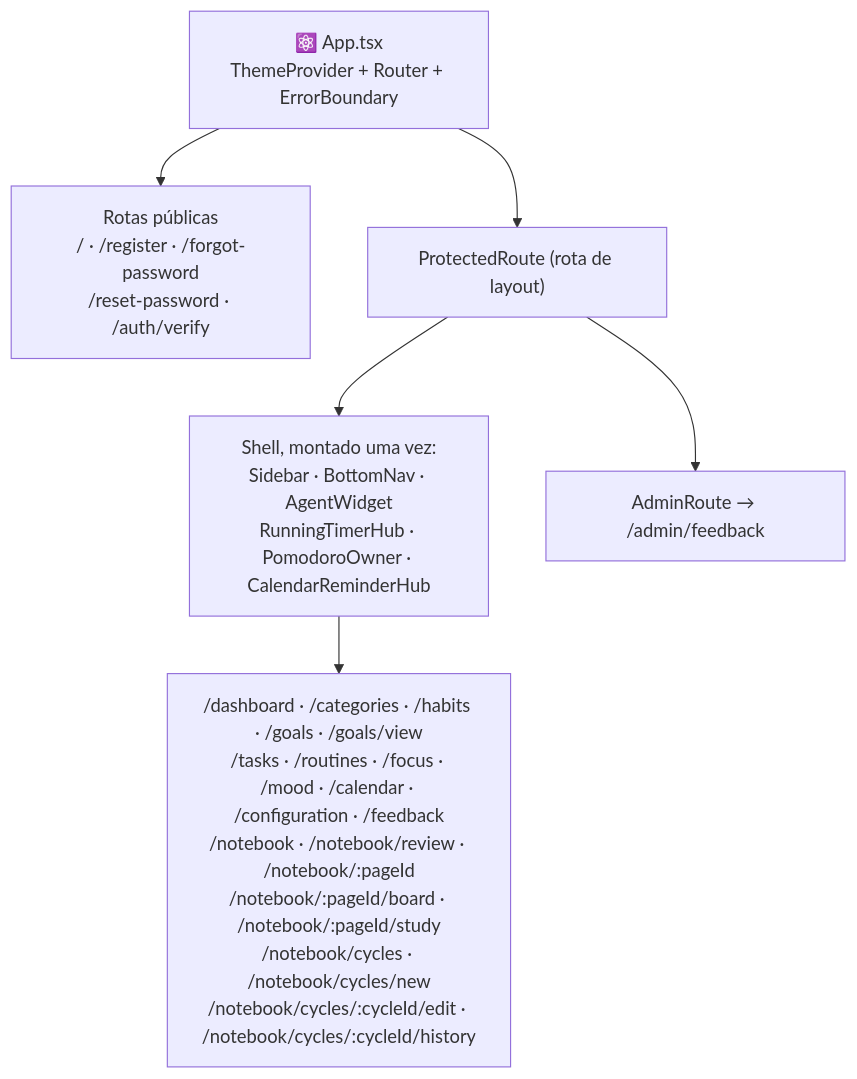
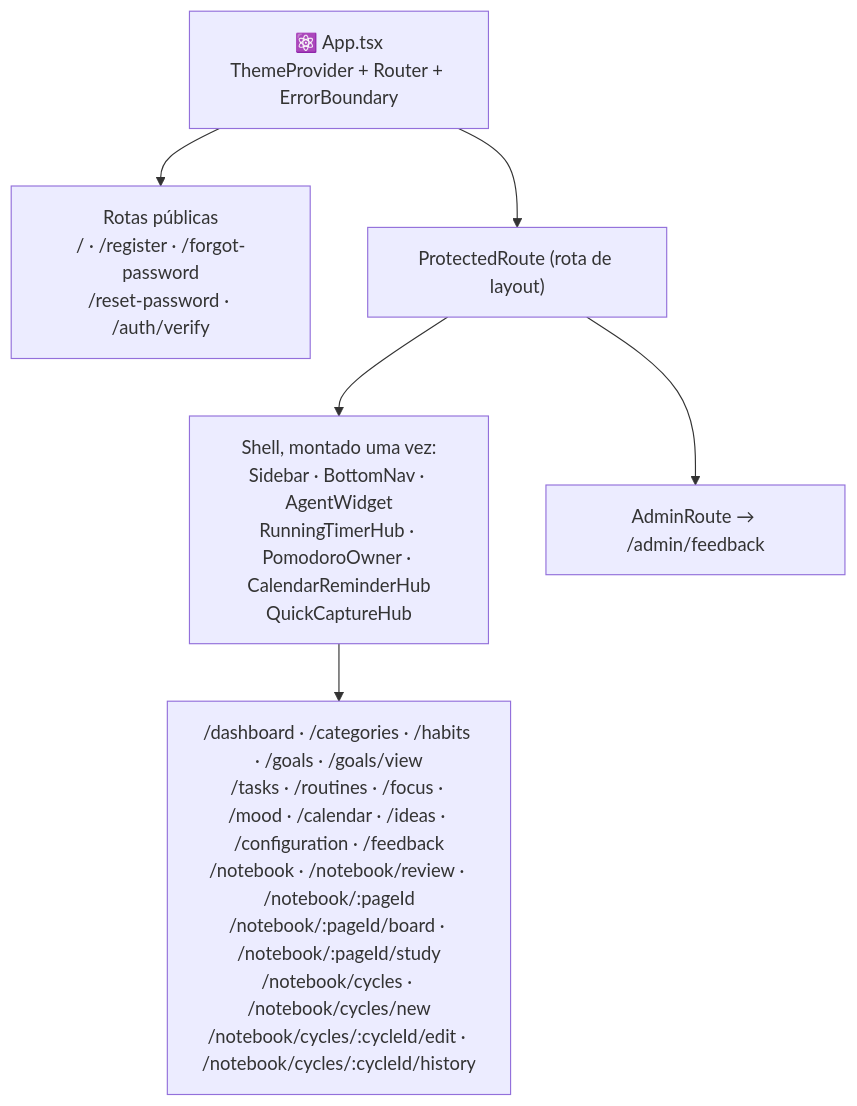
Before and after one commit to AndDev741/Beyou-arch-design: the diagram in architecture/ui-components/pt.md, drawn with Mermaid. The commit also changed other lines of this file and 31 other files, not shown here.

````diff
--- a/architecture/ui-components/pt.md
+++ b/architecture/ui-components/pt.md
@@ -10,9 +10,9 @@
 ```mermaid
 flowchart TD
   APP["⚛️ App.tsx<br/>ThemeProvider + Router + ErrorBoundary"]
   APP --> PUB["Rotas públicas<br/>/ · /register · /forgot-password<br/>/reset-password · /auth/verify"]
   APP --> PROT["ProtectedRoute (rota de layout)"]
-  PROT --> SHELL["Shell, montado uma vez:<br/>Sidebar · BottomNav · AgentWidget<br/>RunningTimerHub · PomodoroOwner · CalendarReminderHub"]
-  SHELL --> PAGES["/dashboard · /categories · /habits · /goals · /goals/view<br/>/tasks · /routines · /focus · /mood · /calendar · /configuration · /feedback<br/>/notebook · /notebook/review · /notebook/:pageId<br/>/notebook/:pageId/board · /notebook/:pageId/study<br/>/notebook/cycles · /notebook/cycles/new<br/>/notebook/cycles/:cycleId/edit · /notebook/cycles/:cycleId/history"]
+  PROT --> SHELL["Shell, montado uma vez:<br/>Sidebar · BottomNav · AgentWidget<br/>RunningTimerHub · PomodoroOwner · CalendarReminderHub<br/>QuickCaptureHub"]
+  SHELL --> PAGES["/dashboard · /categories · /habits · /goals · /goals/view<br/>/tasks · /routines · /focus · /mood · /calendar · /ideas · /configuration · /feedback<br/>/notebook · /notebook/review · /notebook/:pageId<br/>/notebook/:pageId/board · /notebook/:pageId/study<br/>/notebook/cycles · /notebook/cycles/new<br/>/notebook/cycles/:cycleId/edit · /notebook/cycles/:cycleId/history"]
   PROT --> ADMIN["AdminRoute → /admin/feedback"]
 ```
````
